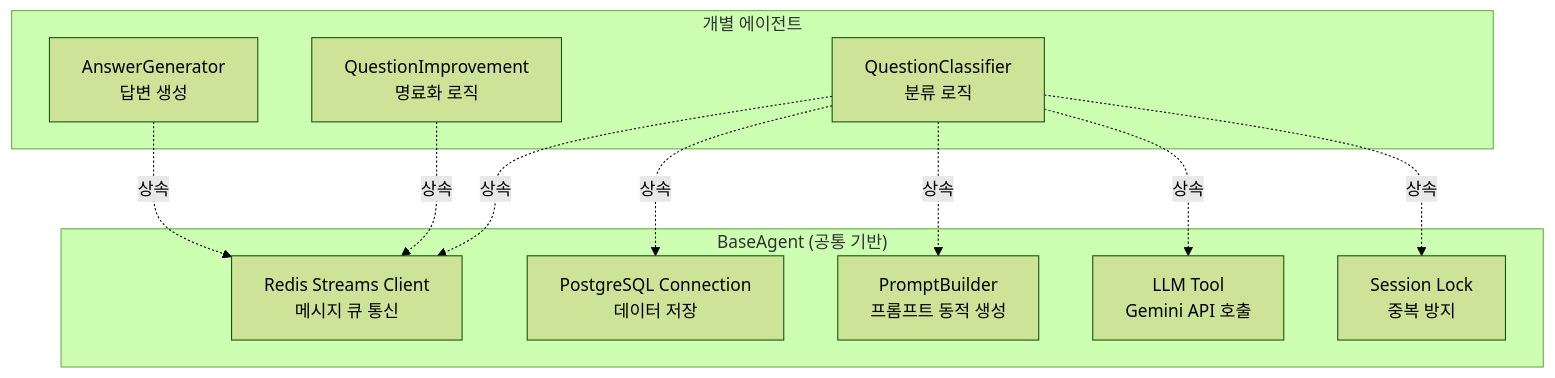
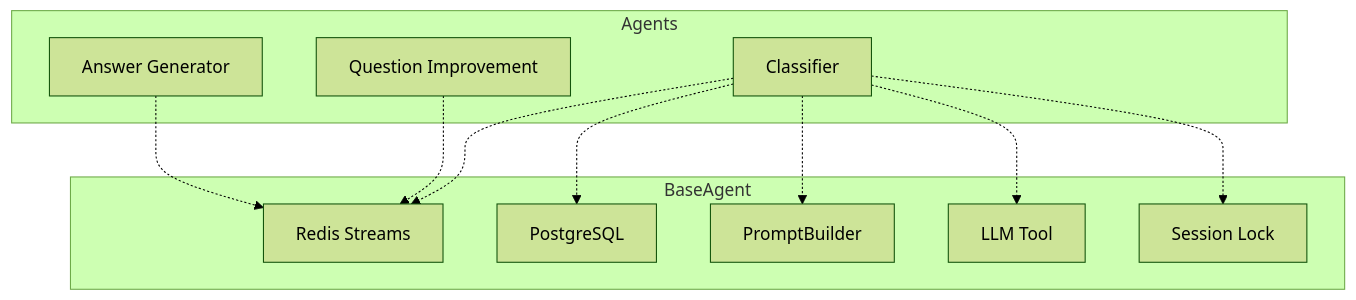
Before and after one commit to KimKyuBong/maice-paper-deploy: the eighth of 16 diagrams in docs/chapters/04-system-implementation.md, drawn with Mermaid (forest theme). The commit also changed other lines of this file, not shown here.

Commit message:
fix: 4장 Mermaid 다이어그램 렌더링 오류 수정
- 이모지(1️⃣, 2️⃣) 제거하여 숫자로 변경
- 한글 레이블 단순화 (줄바꿈 제거)
- style 속성 제거
- BaseAgent 구조도와 협업 메커니즘 다이어그램 간소화
- Mermaid v10.9.5 호환성 개선

````diff
--- a/docs/chapters/04-system-implementation.md
+++ b/docs/chapters/04-system-implementation.md
@@ -419,25 +419,25 @@
 ```mermaid
 graph TB
-    subgraph "BaseAgent (공통 기반)"
-        A[Redis Streams Client<br/>메시지 큐 통신]
-        B[PostgreSQL Connection<br/>데이터 저장]
-        C[PromptBuilder<br/>프롬프트 동적 생성]
-        D[LLM Tool<br/>Gemini API 호출]
-        E[Session Lock<br/>중복 방지]
+    subgraph BASE["BaseAgent"]
+        A[Redis Streams]
+        B[PostgreSQL]
+        C[PromptBuilder]
+        D[LLM Tool]
+        E[Session Lock]
     end
     
-    subgraph "개별 에이전트"
-        F[QuestionClassifier<br/>분류 로직]
-        G[QuestionImprovement<br/>명료화 로직]
-        H[AnswerGenerator<br/>답변 생성]
+    subgraph AGENTS["Agents"]
+        F[Classifier]
+        G[Question Improvement]
+        H[Answer Generator]
     end
     
-    F -.상속.-> A
-    F -.상속.-> B
-    F -.상속.-> C
-    F -.상속.-> D
-    F -.상속.-> E
+    F -.-> A
+    F -.-> B
+    F -.-> C
+    F -.-> D
+    F -.-> E
     
-    G -.상속.-> A
-    H -.상속.-> A
+    G -.-> A
+    H -.-> A
 ```
````
